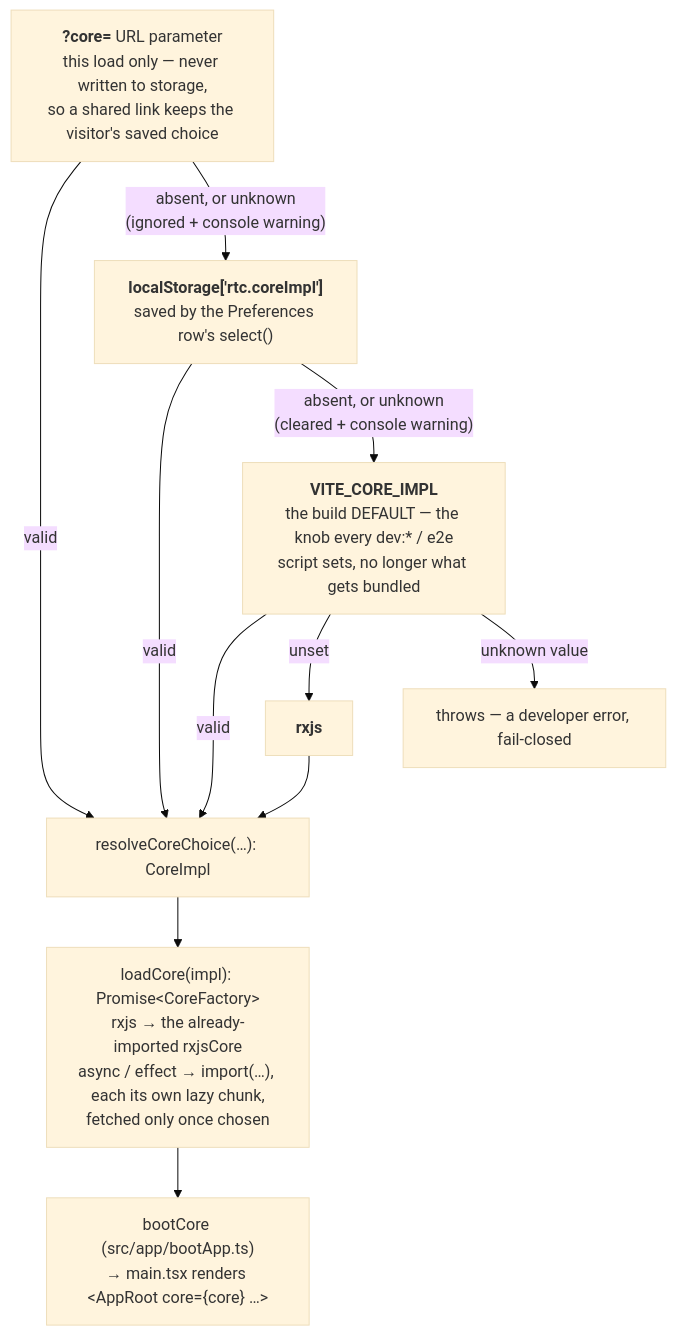
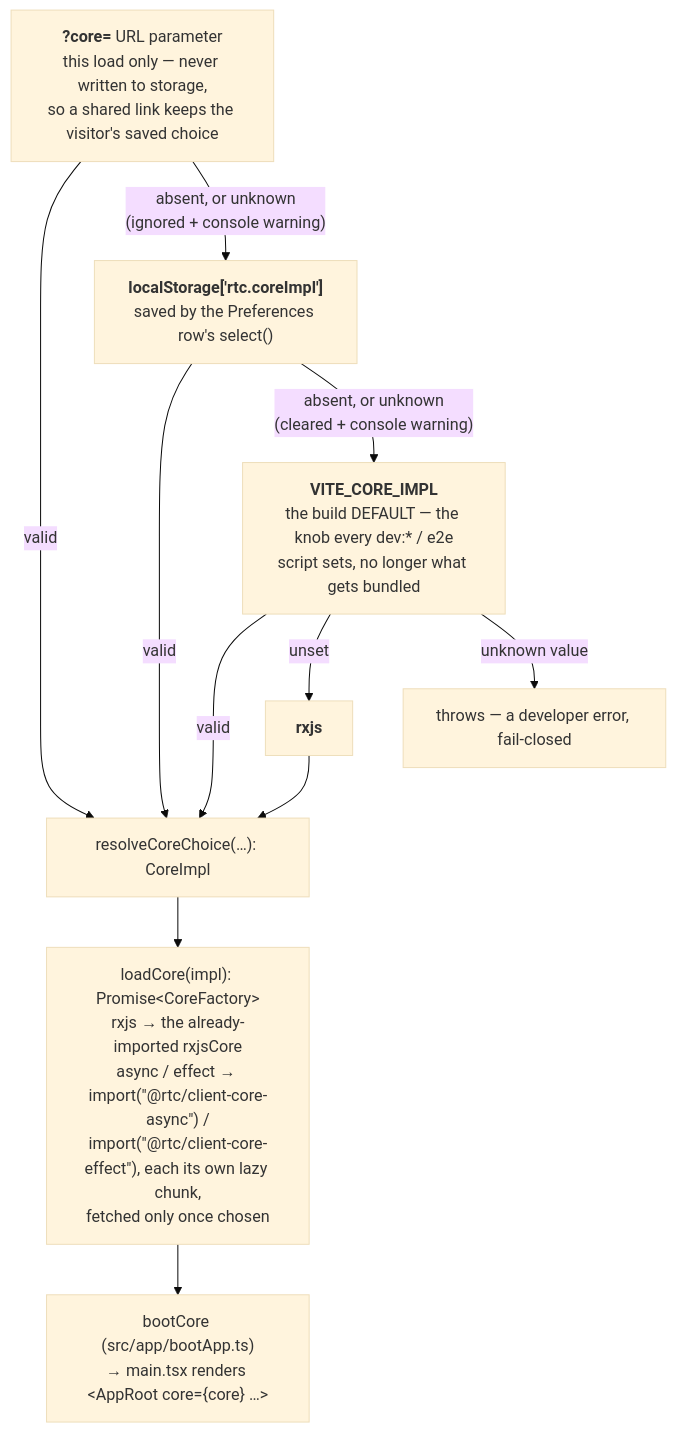
The second of 2 diagrams in docs/architecture/22-pluggable-application-core.md (bettersoftware-io/ReactiveTraderCloudClone), drawn with Mermaid (base theme) before and after one commit. The commit also changed 1 other file, not shown here.

Commit message:
docs: review minors — motion-audit separator comment, package names in the §22 diagram
Claude-Session: https://claude.ai/code/session_01JdQtWNPjiNAEu7Ji9fejzH

````diff
--- a/docs/architecture/22-pluggable-application-core.md
+++ b/docs/architecture/22-pluggable-application-core.md
@@ -94,22 +94,22 @@
 ```mermaid
 flowchart TD
   url["<b>?core=</b> URL parameter<br/>this load only — never written to storage,<br/>so a shared link keeps the visitor's saved choice"]
   stored["<b>localStorage['rtc.coreImpl']</b><br/>saved by the Preferences row's select()"]
   build["<b>VITE_CORE_IMPL</b><br/>the build DEFAULT — the knob every dev:* / e2e<br/>script sets, no longer what gets bundled"]
   fallback["<b>rxjs</b>"]
   fail["throws — a developer error, fail-closed"]
   resolved["resolveCoreChoice(…): CoreImpl"]
-  load["loadCore(impl): Promise#lt;CoreFactory#gt;<br/>rxjs → the already-imported rxjsCore<br/>async / effect → import(…), each its own lazy chunk,<br/>fetched only once chosen"]
+  load["loadCore(impl): Promise#lt;CoreFactory#gt;<br/>rxjs → the already-imported rxjsCore<br/>async / effect → import(#quot;@rtc/client-core-async#quot;) /<br/>import(#quot;@rtc/client-core-effect#quot;), each its own lazy chunk,<br/>fetched only once chosen"]
   boot["bootCore (src/app/bootApp.ts)<br/>→ main.tsx renders #lt;AppRoot core={core} …#gt;"]
 
   url -- "valid" --> resolved
   url -- "absent, or unknown<br/>(ignored + console warning)" --> stored
   stored -- "valid" --> resolved
   stored -- "absent, or unknown<br/>(cleared + console warning)" --> build
   build -- "valid" --> resolved
   build -- "unset" --> fallback
   build -- "unknown value" --> fail
   fallback --> resolved
   resolved --> load
   load --> boot
 ```
````
